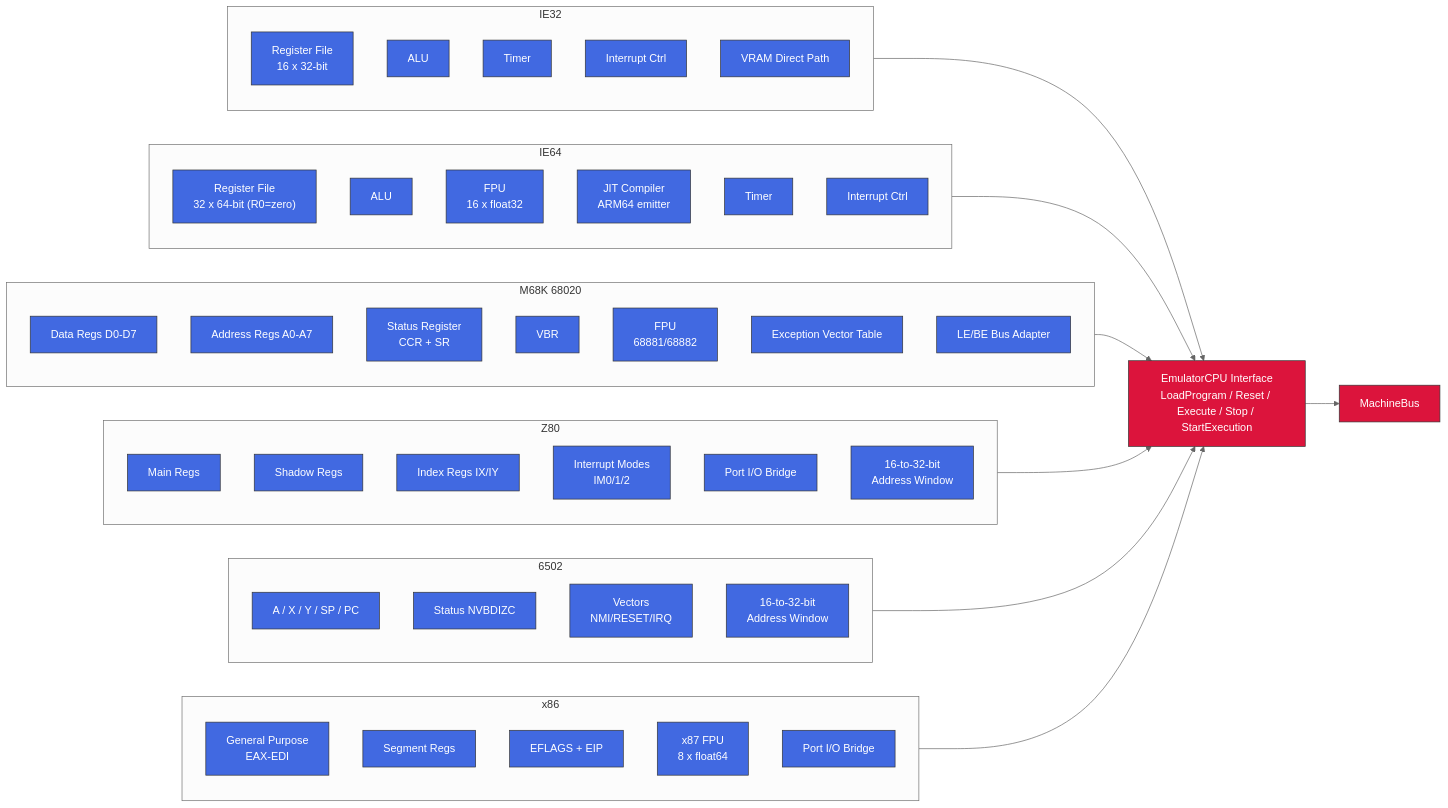
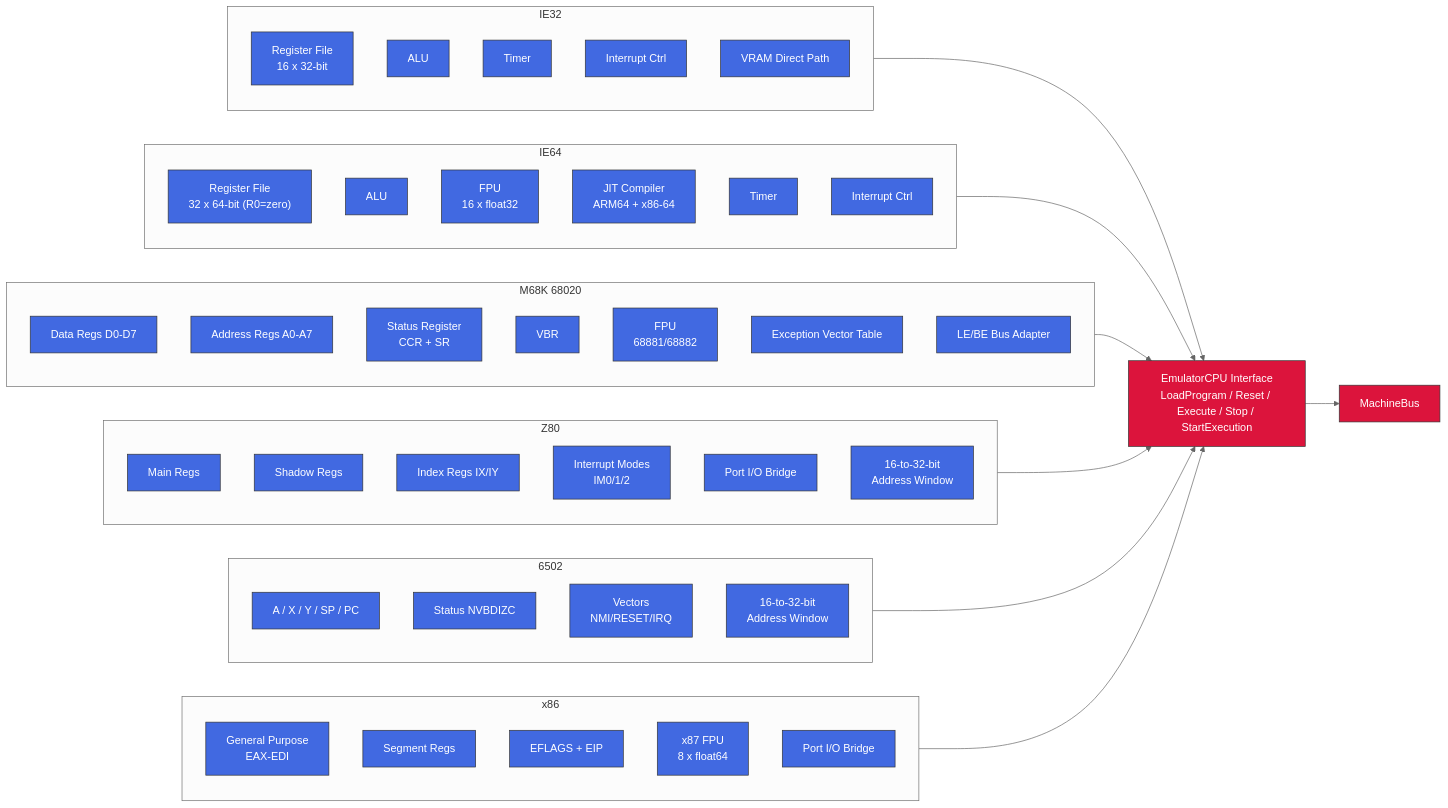
Before and after one commit to IntuitionAmiga/IntuitionEngine: the second of 9 diagrams in sdk/docs/architecture.md, drawn with Mermaid (neutral theme). The commit also changed other lines of this file and 12 other files, not shown here.

````diff
--- a/sdk/docs/architecture.md
+++ b/sdk/docs/architecture.md
@@ -134,74 +134,74 @@
 ```mermaid
 graph LR
     subgraph IE32S["IE32"]
         IE32_RF["Register File<br/>16 x 32-bit"]
         IE32_ALU["ALU"]
         IE32_TMR["Timer"]
         IE32_IRQ["Interrupt Ctrl"]
         IE32_VDP["VRAM Direct Path"]
     end
 
     subgraph IE64S["IE64"]
         IE64_RF["Register File<br/>32 x 64-bit (R0=zero)"]
         IE64_ALU["ALU"]
         IE64_FPU["FPU<br/>16 x float32"]
-        IE64_JIT["JIT Compiler<br/>ARM64 emitter"]
+        IE64_JIT["JIT Compiler<br/>ARM64 + x86-64"]
         IE64_TMR["Timer"]
         IE64_IRQ["Interrupt Ctrl"]
     end
 
     subgraph M68KS["M68K 68020"]
         M68K_DR["Data Regs D0-D7"]
         M68K_AR["Address Regs A0-A7"]
         M68K_SR["Status Register<br/>CCR + SR"]
         M68K_VBR["VBR"]
         M68K_FPU["FPU<br/>68881/68882"]
         M68K_EVT["Exception Vector Table"]
         M68K_LE["LE/BE Bus Adapter"]
     end
 
     subgraph Z80S["Z80"]
         Z80_MR["Main Regs"]
         Z80_SR["Shadow Regs"]
         Z80_IX["Index Regs IX/IY"]
         Z80_IM["Interrupt Modes<br/>IM0/1/2"]
         Z80_PIO["Port I/O Bridge"]
         Z80_AW["16-to-32-bit<br/>Address Window"]
     end
 
     subgraph C6502S["6502"]
         C6502_R["A / X / Y / SP / PC"]
         C6502_F["Status NVBDIZC"]
         C6502_VEC["Vectors<br/>NMI/RESET/IRQ"]
         C6502_AW["16-to-32-bit<br/>Address Window"]
     end
 
     subgraph X86S["x86"]
         X86_GP["General Purpose<br/>EAX-EDI"]
         X86_SEG["Segment Regs"]
         X86_FL["EFLAGS + EIP"]
         X86_FPU["x87 FPU<br/>8 x float64"]
         X86_PIO["Port I/O Bridge"]
     end
 
     EMUIF["EmulatorCPU Interface<br/>LoadProgram / Reset / Execute / Stop / StartExecution"]
     BUSBAR["MachineBus"]
 
     IE32S --> EMUIF
     IE64S --> EMUIF
     M68KS --> EMUIF
     Z80S --> EMUIF
     C6502S --> EMUIF
     X86S --> EMUIF
     EMUIF --> BUSBAR
 
     classDef cpu fill:#4169E1,stroke:#333,color:#fff
     classDef iface fill:#DC143C,stroke:#333,color:#fff
     class IE32_RF,IE32_ALU,IE32_TMR,IE32_IRQ,IE32_VDP cpu
     class IE64_RF,IE64_ALU,IE64_FPU,IE64_JIT,IE64_TMR,IE64_IRQ cpu
     class M68K_DR,M68K_AR,M68K_SR,M68K_VBR,M68K_FPU,M68K_EVT,M68K_LE cpu
     class Z80_MR,Z80_SR,Z80_IX,Z80_IM,Z80_PIO,Z80_AW cpu
     class C6502_R,C6502_F,C6502_VEC,C6502_AW cpu
     class X86_GP,X86_SEG,X86_FL,X86_FPU,X86_PIO cpu
     class EMUIF,BUSBAR iface
 ```
````
